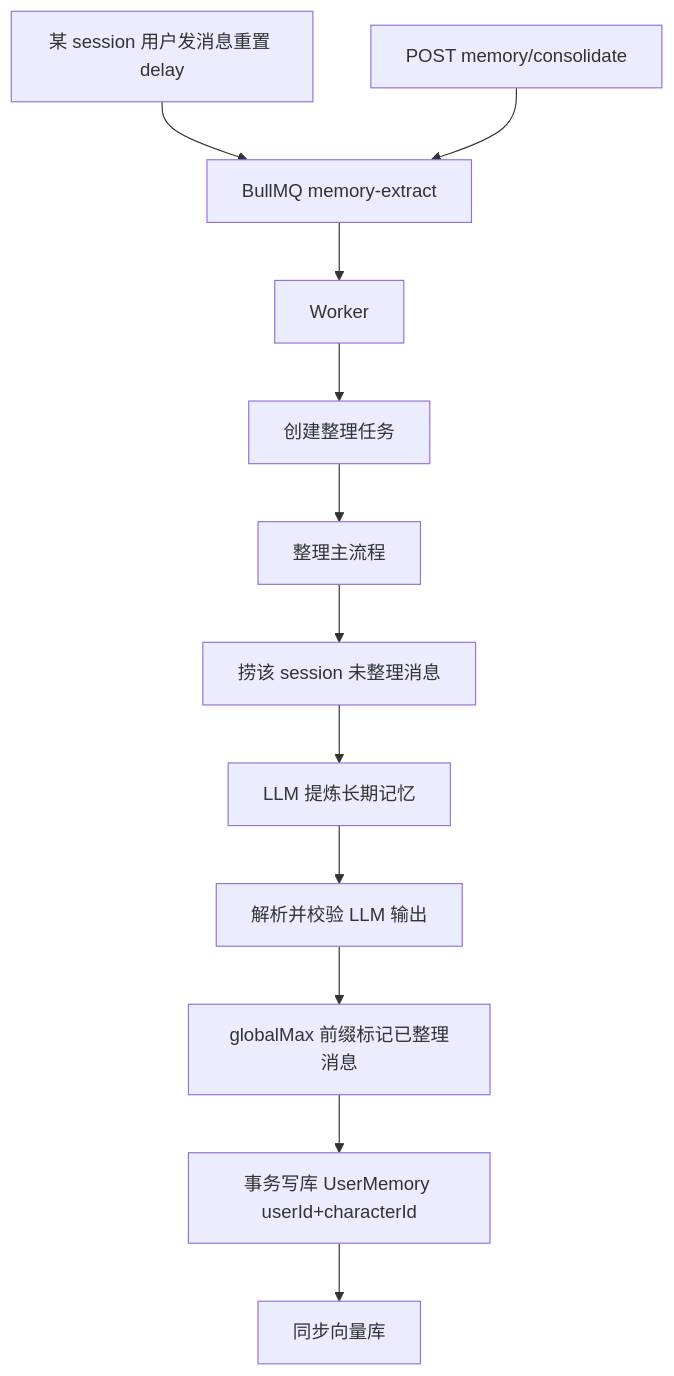
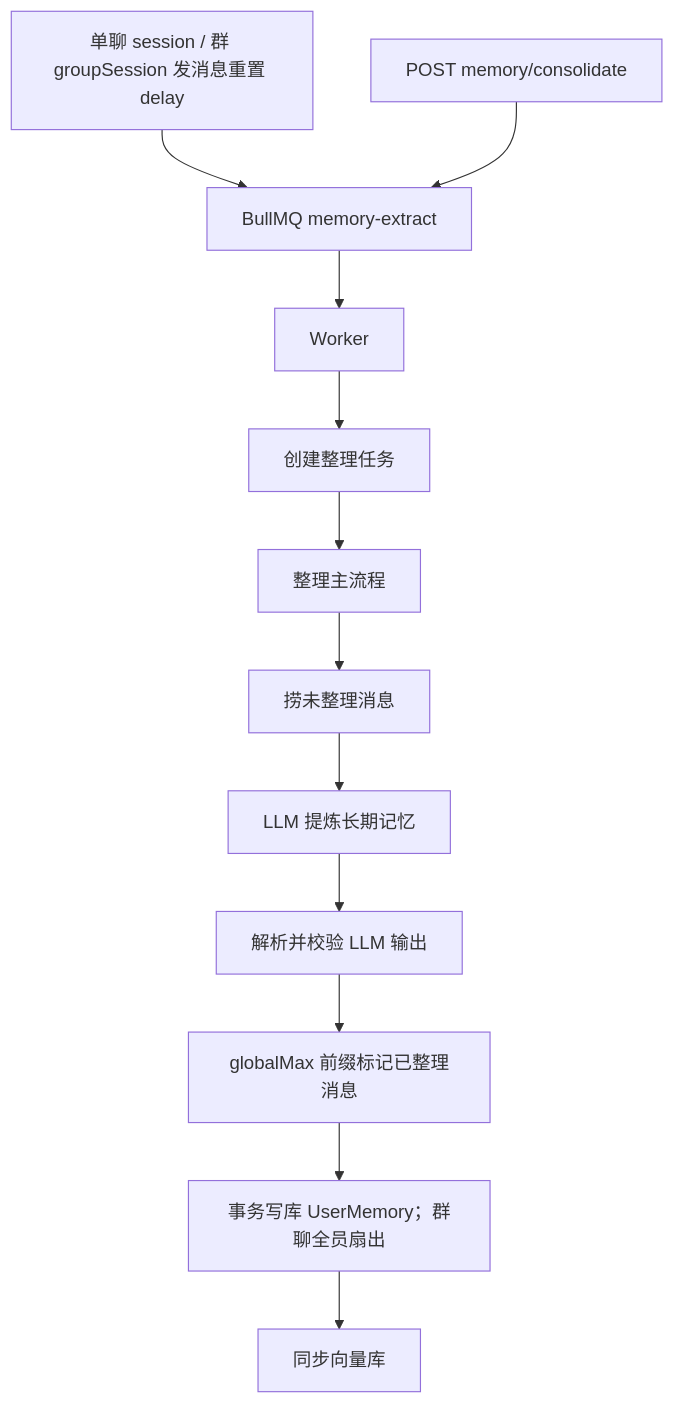
The diagram in docs/memory/extract.md (lilialab/lilia), drawn with Mermaid before and after one commit. The commit also changed other lines of this file and 12 other files, not shown here.

````diff
--- a/docs/memory/extract.md
+++ b/docs/memory/extract.md
@@ -5,14 +5,14 @@
 ```mermaid
 flowchart TD
-  ChatIdle["某 session 用户发消息重置 delay"] --> Queue[BullMQ memory-extract]
+  ChatIdle["单聊 session / 群 groupSession 发消息重置 delay"] --> Queue[BullMQ memory-extract]
   API["POST memory/consolidate"] --> Queue
   Queue --> Worker[Worker]
   Worker --> CreateJob[创建整理任务]
   CreateJob --> MainFlow[整理主流程]
-  MainFlow --> BuildTranscript[捞该 session 未整理消息]
+  MainFlow --> BuildTranscript[捞未整理消息]
   BuildTranscript --> LlmExtract[LLM 提炼长期记忆]
   LlmExtract --> ParseValidate[解析并校验 LLM 输出]
   ParseValidate --> MarkMessages["globalMax 前缀标记已整理消息"]
-  MarkMessages --> Persist["事务写库 UserMemory userId+characterId"]
+  MarkMessages --> Persist["事务写库 UserMemory；群聊全员扇出"]
   Persist --> SyncVector[同步向量库]
 ```
````
